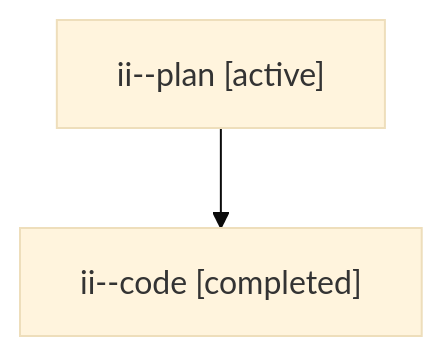
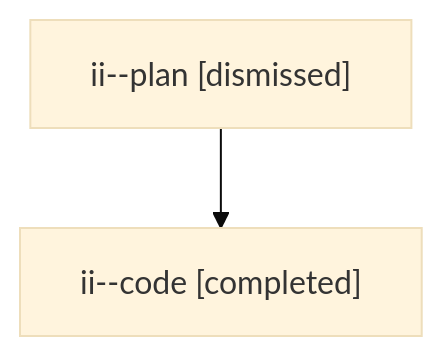
Before and after one commit to sase-org/sase--agents: the diagram in sessions/bbugyi200.athena.ii.md, drawn with Mermaid (base theme). The commit also changed other lines of this file and 18 other files, not shown here.

````diff
--- a/sessions/bbugyi200.athena.ii.md
+++ b/sessions/bbugyi200.athena.ii.md
@@ -9,6 +9,6 @@
 ```mermaid
 flowchart TD
-  n0["ii--plan [active]"]
+  n0["ii--plan [dismissed]"]
   n1["ii--code [completed]"]
   n0 --> n1
 ```
````
